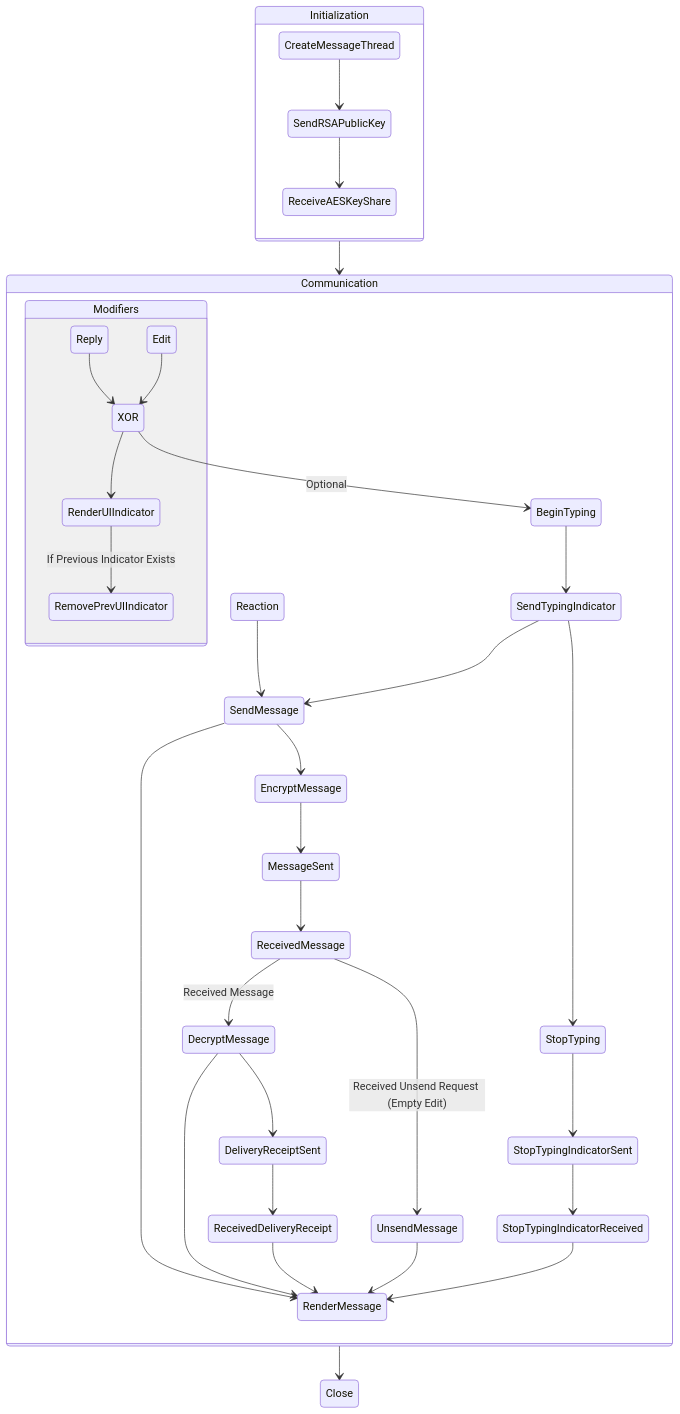
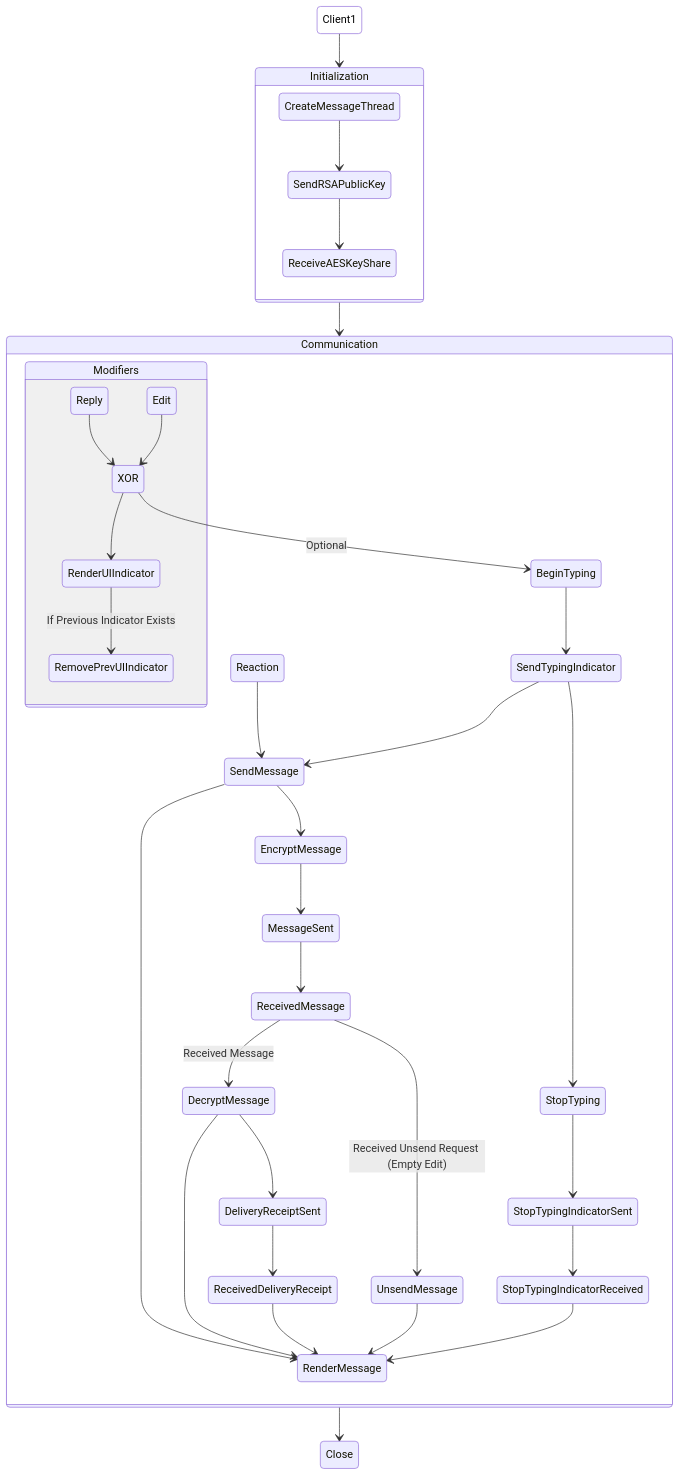
Before and after one commit to xXCrash2BomberXx/TinyChat: the fifth of 5 diagrams in 4+1.md, drawn with Mermaid.

````diff
--- a/4+1.md
+++ b/4+1.md
@@ -132,36 +132,39 @@
 ```mermaid
 stateDiagram
+  Client1 --> Initialization
+  classDef custom fill:#fff,color:#000;
+  class Client1 custom
   state Initialization {
     CreateMessageThread --> SendRSAPublicKey
     SendRSAPublicKey --> ReceiveAESKeyShare
   }
   state Communication {
     state Modifiers {
       Reply --> XOR
       Edit --> XOR
       XOR --> RenderUIIndicator
       RenderUIIndicator --> RemovePrevUIIndicator: If Previous Indicator Exists
       XOR --> BeginTyping: Optional
     }
     Reaction --> SendMessage
     BeginTyping --> SendTypingIndicator
     SendTypingIndicator --> SendMessage
     SendMessage --> EncryptMessage
     EncryptMessage --> MessageSent
     MessageSent --> ReceivedMessage
     ReceivedMessage --> UnsendMessage: Received Unsend Request (Empty Edit)
     ReceivedMessage --> DecryptMessage: Received Message
     DecryptMessage --> DeliveryReceiptSent
     DeliveryReceiptSent --> ReceivedDeliveryReceipt
     SendTypingIndicator --> StopTyping
     StopTyping --> StopTypingIndicatorSent
     StopTypingIndicatorSent --> StopTypingIndicatorReceived
     SendMessage --> RenderMessage
     DecryptMessage --> RenderMessage
     ReceivedDeliveryReceipt --> RenderMessage
     UnsendMessage --> RenderMessage
     StopTypingIndicatorReceived --> RenderMessage
   }
   Initialization --> Communication
   Communication --> Close
 ```
````
